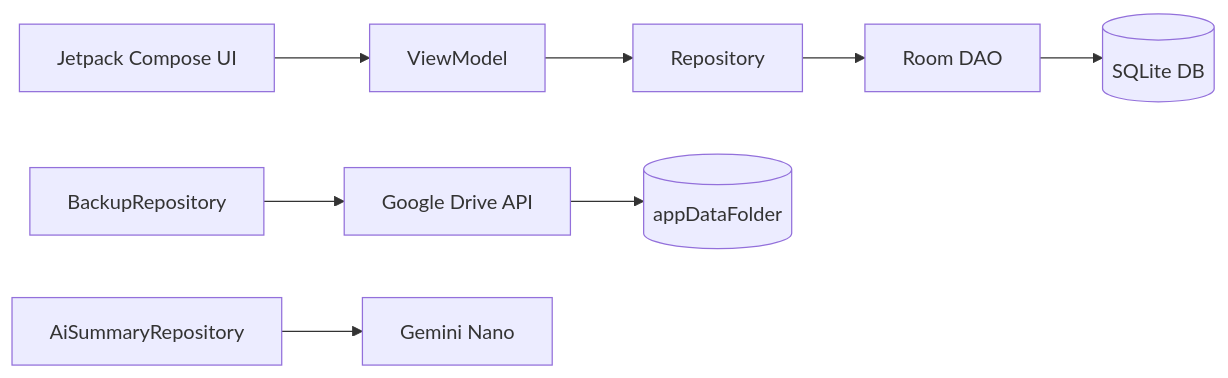
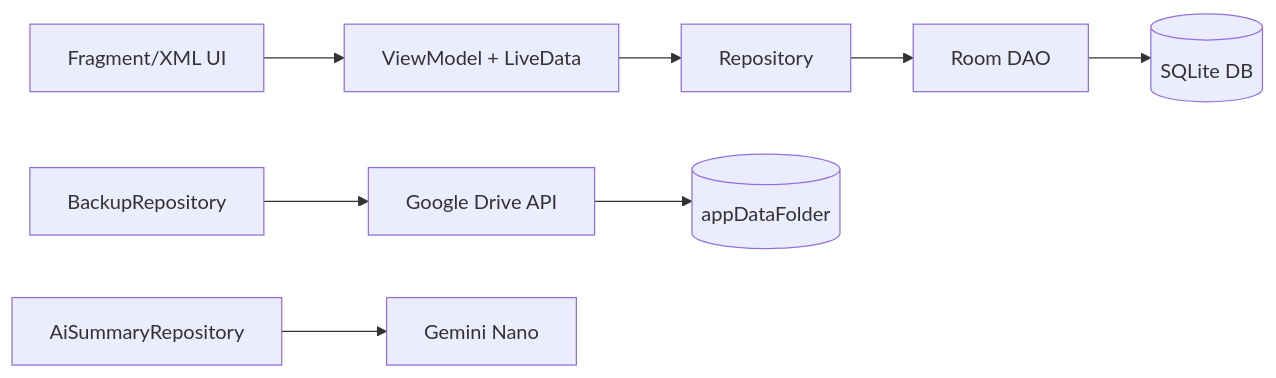
Before and after one commit to steveve14/MoneyLog: the diagram in docs/06_데이터_레이어_설계.md, drawn with Mermaid. The commit also changed other lines of this file and 182 other files, not shown here.

````diff
--- a/docs/06_데이터_레이어_설계.md
+++ b/docs/06_데이터_레이어_설계.md
@@ -25,12 +26,12 @@
 ```mermaid
 graph LR
-    A[Jetpack Compose UI] --> B[ViewModel]
+    A[Fragment/XML UI] --> B[ViewModel + LiveData]
     B --> C[Repository]
     C --> D[Room DAO]
     D --> E[(SQLite DB)]
     
     C2[BackupRepository] --> F[Google Drive API]
     F --> G[(appDataFolder)]
     
     C3[AiSummaryRepository] --> H[Gemini Nano]
 ```
````
